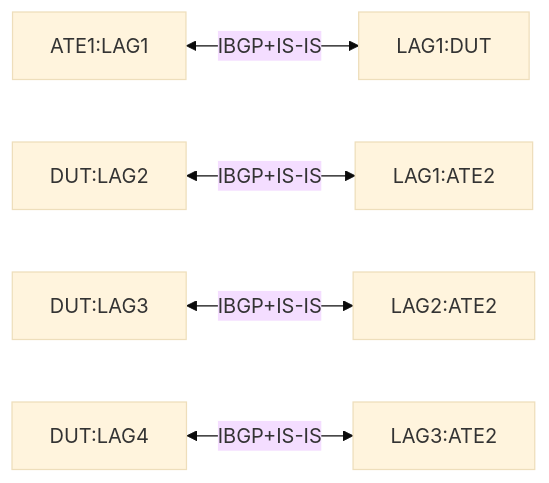
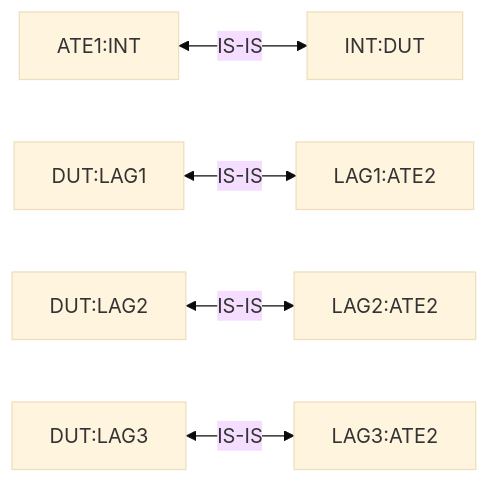
The diagram in feature/isis/otg_tests/weighted_ecmp_test/README.md (openconfig/featureprofiles), drawn with Mermaid (base theme) before and after one commit. The commit also changed other lines of this file and 1 other file, not shown here.

````diff
--- a/feature/isis/otg_tests/weighted_ecmp_test/README.md
+++ b/feature/isis/otg_tests/weighted_ecmp_test/README.md
@@ -22,7 +22,7 @@
 ```mermaid
 graph LR;
-A[ATE1:LAG1] <-- IBGP+IS-IS --> B[LAG1:DUT];
-C[DUT:LAG2] <-- IBGP+IS-IS --> D[LAG1:ATE2];
-E[DUT:LAG3] <-- IBGP+IS-IS --> F[LAG2:ATE2];
-G[DUT:LAG4] <-- IBGP+IS-IS --> H[LAG3:ATE2];
+A[ATE1:INT] <-- IS-IS --> B[INT:DUT];
+C[DUT:LAG1] <-- IS-IS --> D[LAG1:ATE2];
+E[DUT:LAG2] <-- IS-IS --> F[LAG2:ATE2];
+G[DUT:LAG3] <-- IS-IS --> H[LAG3:ATE2];
 ```
````
